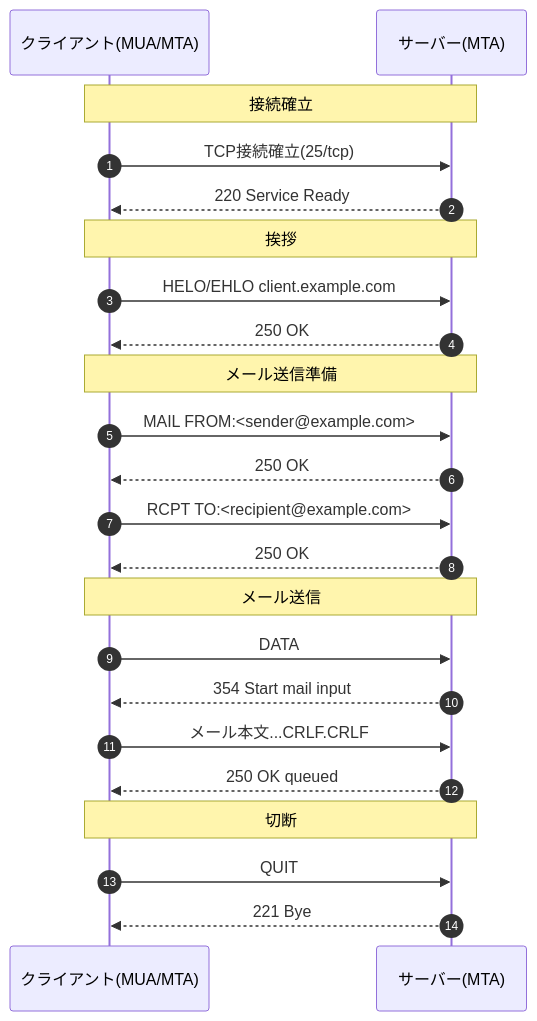
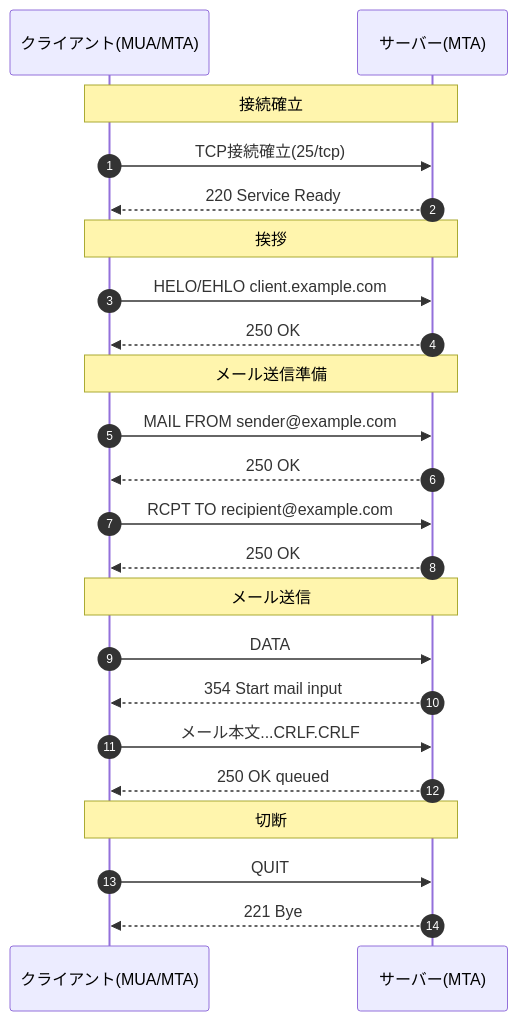
Before and after one commit to densuke/2025-network-doc: the diagram in source/app/smtp/smtp-flow.md, drawn with Mermaid.

Commit message:
図が壊れていたので修正

````diff
--- a/source/app/smtp/smtp-flow.md
+++ b/source/app/smtp/smtp-flow.md
@@ -52,30 +52,30 @@
 ```{mermaid}
 sequenceDiagram
     autonumber
     participant Client as クライアント(MUA/MTA)
     participant Server as サーバー(MTA)
     
     Note over Client,Server: 接続確立
     Client->>Server: TCP接続確立(25/tcp)
     Server-->>Client: 220 Service Ready
     
     Note over Client,Server: 挨拶
     Client->>Server: HELO/EHLO client.example.com
     Server-->>Client: 250 OK
     
     Note over Client,Server: メール送信準備
-    Client->>Server: MAIL FROM:<sender@example.com>
+    Client->>Server: MAIL FROM sender@example.com
     Server-->>Client: 250 OK
-    Client->>Server: RCPT TO:<recipient@example.com>
+    Client->>Server: RCPT TO recipient@example.com
     Server-->>Client: 250 OK
     
     Note over Client,Server: メール送信
     Client->>Server: DATA
     Server-->>Client: 354 Start mail input
     Client->>Server: メール本文...CRLF.CRLF
     Server-->>Client: 250 OK queued
     
     Note over Client,Server: 切断
     Client->>Server: QUIT
     Server-->>Client: 221 Bye
 ```
````
